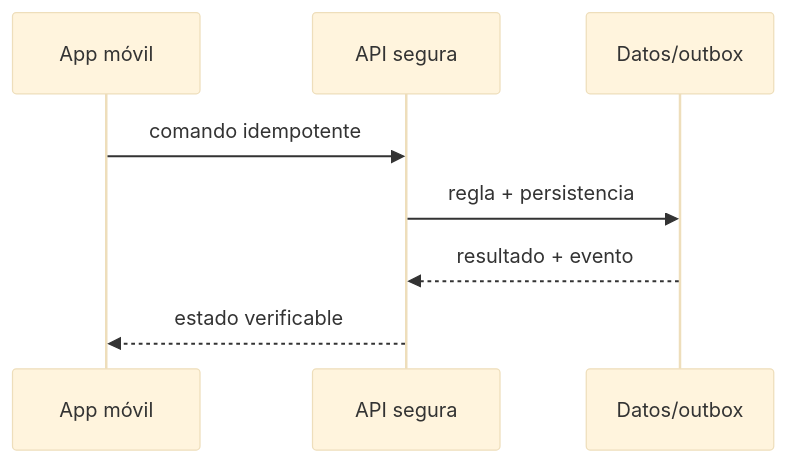
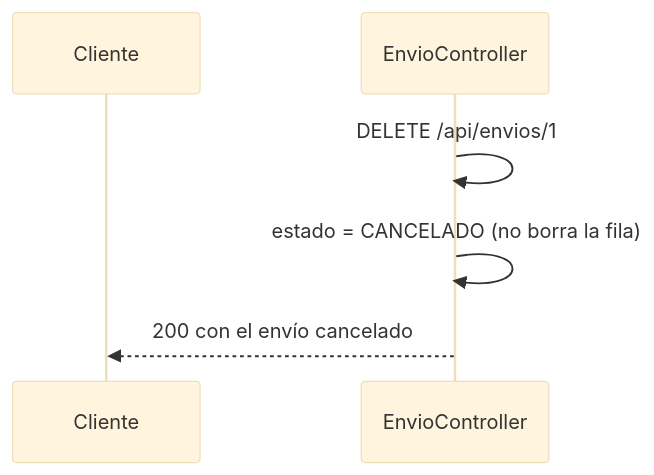
The first of 4 diagrams in web/public/content/spring-boot/modulo-14.md (NICORUIZ93/Academia_Floci), drawn with Mermaid (base theme) before and after one commit. The commit also changed other lines of this file, not shown here.

````diff
--- a/web/public/content/spring-boot/modulo-14.md
+++ b/web/public/content/spring-boot/modulo-14.md
@@ -50,10 +30,8 @@
 ```mermaid
 sequenceDiagram
-  participant M as App móvil
-  participant A as API segura
-  participant D as Datos/outbox
-  M->>A: comando idempotente
-  A->>D: regla + persistencia
-  D-->>A: resultado + evento
-  A-->>M: estado verificable
+  participant C as Cliente
+  participant A as EnvioController
+  A->>A: DELETE /api/envios/1
+  A->>A: estado = CANCELADO (no borra la fila)
+  A-->>C: 200 con el envío cancelado
 ```
````
